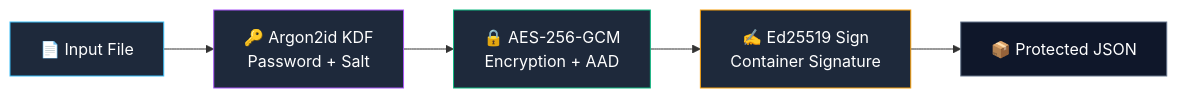
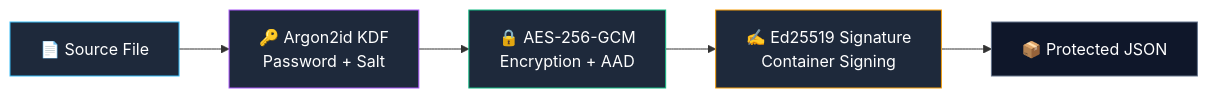
Before and after one commit to Ruslan4425/Secure-File-Encryptor: the diagram in README.md, drawn with Mermaid. The commit also changed other lines of this file and 2 other files, not shown here.

````diff
--- a/README.md
+++ b/README.md
@@ -32,13 +32,13 @@
 ```mermaid
 flowchart LR
-    A[📄 Input File] --> B[🔑 Argon2id KDF<br/>Password + Salt]
+    A[📄 Source File] --> B[🔑 Argon2id KDF<br/>Password + Salt]
     B --> C[🔒 AES-256-GCM<br/>Encryption + AAD]
-    C --> D[✍️ Ed25519 Sign<br/>Container Signature]
+    C --> D[✍️ Ed25519 Signature<br/>Container Signing]
     D --> E[📦 Protected JSON]
 
     style A fill:#1e293b,stroke:#38bdf8,color:#fff
     style B fill:#1e293b,stroke:#a855f7,color:#fff
     style C fill:#1e293b,stroke:#10b981,color:#fff
     style D fill:#1e293b,stroke:#f59e0b,color:#fff
     style E fill:#0f172a,stroke:#64748b,color:#fff
 ```
````
